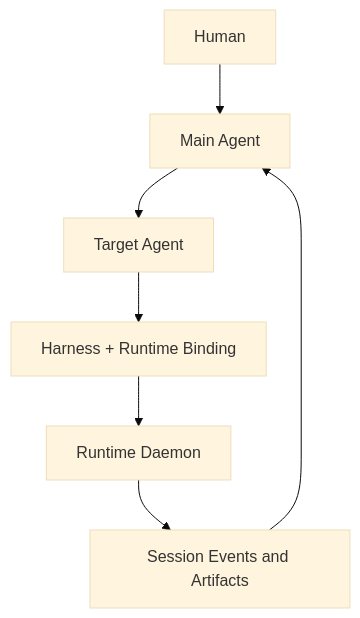
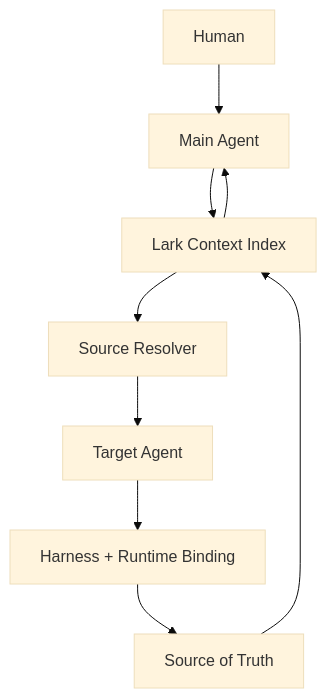
One commit to Yidada/chatty changed the second of 2 diagrams in README.md. Above: the diagram before and after it, drawn with Mermaid (base theme). The commit also changed other lines of this file, not shown here.

Commit message:
docs: make Lark context layer index-first

````diff
--- a/README.md
+++ b/README.md
@@ -165,9 +169,11 @@
 ```mermaid
 flowchart TD
     U[Human] --> M[Main Agent]
-    M --> A[Target Agent]
+    M --> C[Lark Context Index]
+    C --> R[Source Resolver]
+    R --> A[Target Agent]
     A --> B[Harness + Runtime Binding]
-    B --> D[Runtime Daemon]
-    D --> E[Session Events and Artifacts]
-    E --> M
+    B --> S[Source of Truth]
+    S --> C
+    C --> M
 ```
````
